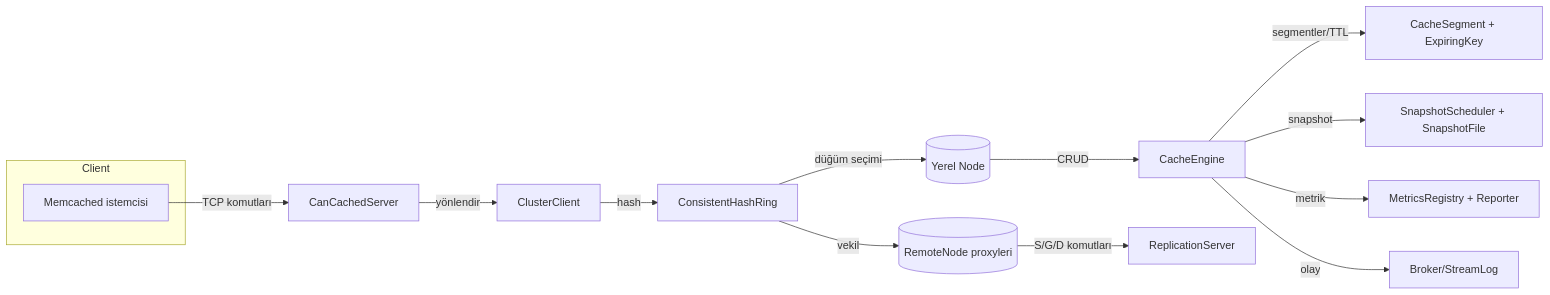
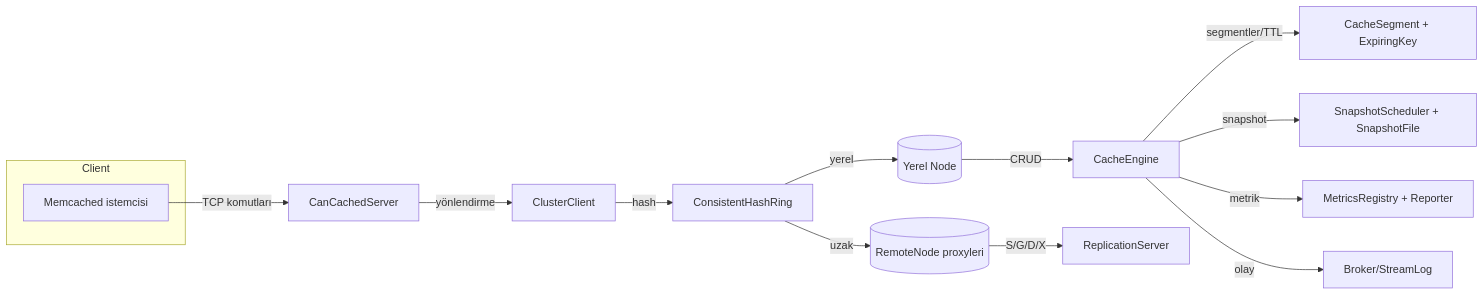
One commit to TunahanCan/can-cache changed the first of 3 diagrams in README.md. Above: the diagram before and after it, drawn with Mermaid. The commit also changed other lines of this file, not shown here.

Commit message:
Revamp README with detailed Turkish architecture guide

````diff
--- a/README.md
+++ b/README.md
@@ -16,17 +29,17 @@
 ```mermaid
 flowchart LR
     subgraph Client
         C[Memcached istemcisi]
     end
     C -- TCP komutları --> S[CanCachedServer]
-    S -- yönlendir --> CC[ClusterClient]
+    S -- yönlendirme --> CC[ClusterClient]
     CC -- hash --> R[ConsistentHashRing]
-    R -- düğüm seçimi --> LN[(Yerel Node)]
-    R -- vekil --> RN[(RemoteNode proxyleri)]
+    R -- yerel --> LN[(Yerel Node)]
+    R -- uzak --> RN[(RemoteNode proxyleri)]
     LN -- CRUD --> CE[CacheEngine]
-    RN -- S/G/D komutları --> RS[ReplicationServer]
+    RN -- S/G/D/X --> RS[ReplicationServer]
     CE -- segmentler/TTL --> Seg[CacheSegment + ExpiringKey]
     CE -- snapshot --> Snap[SnapshotScheduler + SnapshotFile]
     CE -- metrik --> Met[MetricsRegistry + Reporter]
     CE -- olay --> Pub[Broker/StreamLog]
 ```
````
